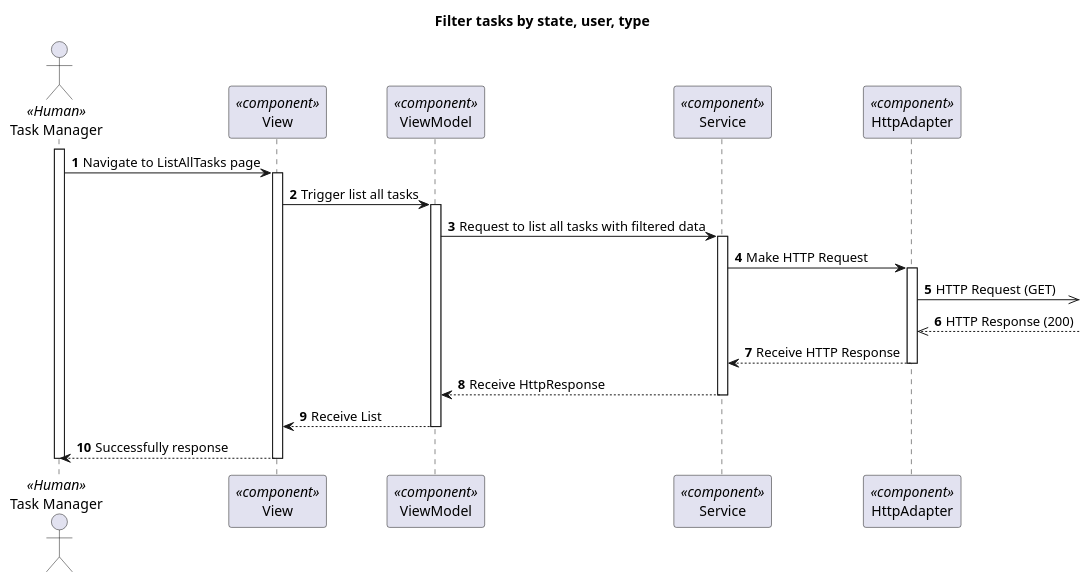
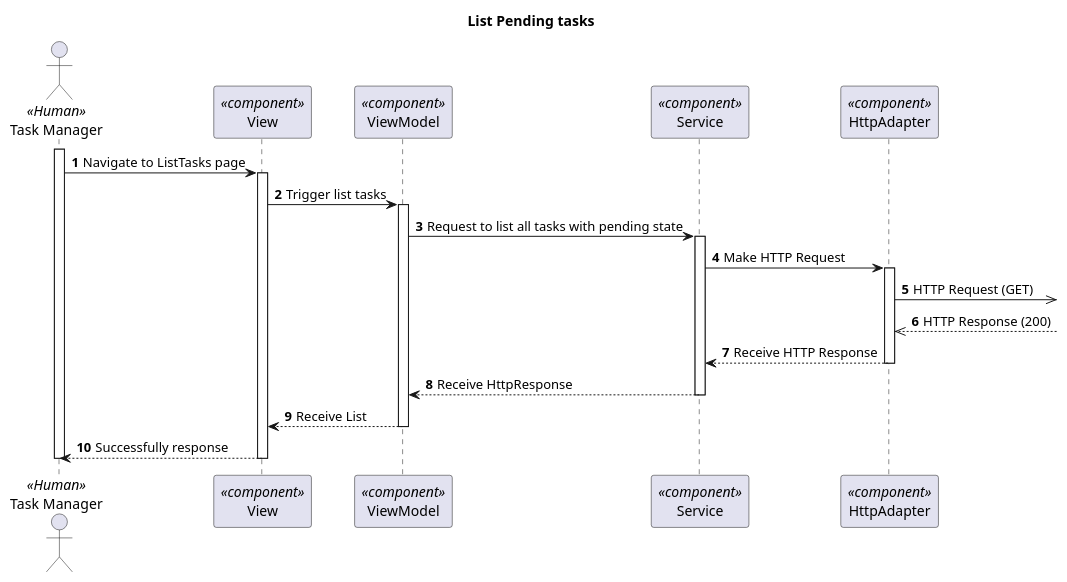
The diagram in docs/VistaProcesso/US480/Visualization/ProcessView_Level3_US1030.puml (1210910/lapr5), drawn with PlantUML before and after one commit. The commit also changed 11 other files, not shown here.

Commit message:
S5P-115,S5P-116,S5P-117 fix process diagrams

```diff
--- a/docs/VistaProcesso/US480/Visualization/ProcessView_Level3_US1030.puml
+++ b/docs/VistaProcesso/US480/Visualization/ProcessView_Level3_US1030.puml
@@ -1,38 +1,38 @@
 @startuml Process View - Level 3
 
 autonumber
 skinparam packageStyle rect
 
-title Filter tasks by state, user, type
+title List Pending tasks
 
 actor "Task Manager" as FM <<Human>>
 participant "View" as view <<component>>
 participant "ViewModel" as viewModel <<component>>
 participant "Service" as service <<component>>
 participant "HttpAdapter" as httpAdapter <<component>>
 
 activate FM
-FM -> view : Navigate to ListAllTasks page
+FM -> view : Navigate to ListTasks page
 activate view
-view -> viewModel : Trigger list all tasks
+view -> viewModel : Trigger list tasks
 
 activate viewModel
-viewModel -> service : Request to list all tasks with filtered data
+viewModel -> service : Request to list all tasks with pending state
 
 activate service
 service -> httpAdapter : Make HTTP Request
 activate httpAdapter
 httpAdapter ->> : HTTP Request (GET)
 httpAdapter <<-- : HTTP Response (200)
 httpAdapter --> service : Receive HTTP Response
 deactivate httpAdapter
 
 service --> viewModel : Receive HttpResponse
 deactivate service
 viewModel --> view : Receive List
 deactivate viewModel
 
 FM <-- view : Successfully response
 deactivate view
 deactivate FM
 @enduml
```
